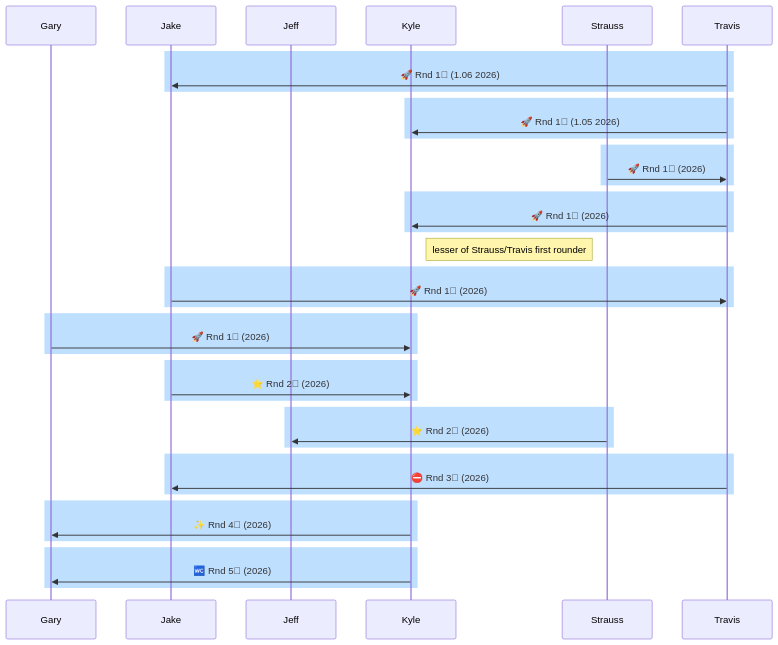
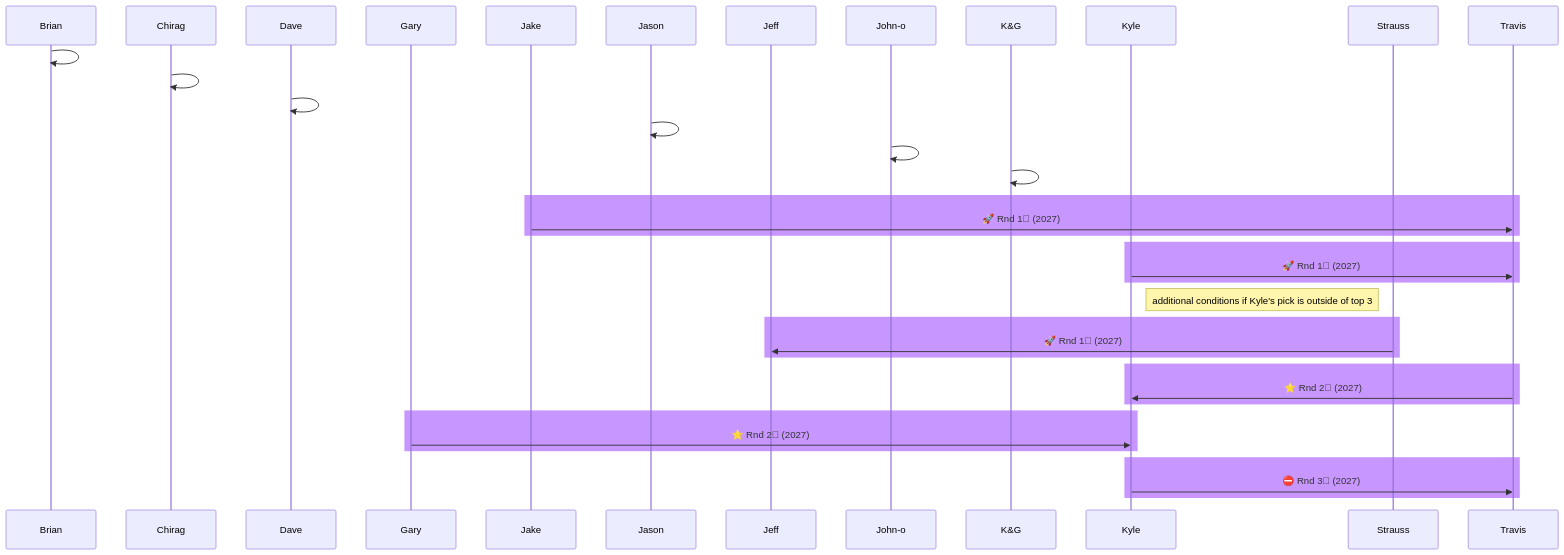
Before and after one commit to jtkulas/kittywampas: the first of 2 diagrams in phantazee.qmd, drawn with Mermaid. The commit also changed 5 other files, not shown here.

Commit message:
fig caps on charts - took 26 picks off total swap chart after drapht

````diff
--- a/phantazee.qmd
+++ b/phantazee.qmd
@@ -39,48 +46,45 @@
 ```{mermaid}
 %%| mermaid-format: png
 %%| fig-width: 8
-
+%%| label: fig-current
+%%| fig-cap: "Individual drapht pick trades (2027 and onward)"
 sequenceDiagram
+participant Brian
+participant Chirag
+participant Dave
 participant Gary
 participant Jake
+participant Jason
 participant Jeff
+participant John-o
+participant K&G
 participant Kyle
 participant Strauss
 participant Travis
+Brian->>Brian:  
+Chirag->>Chirag:  
+Dave->>Dave:  
+Jason->>Jason:  
+John-o->>John-o:  
+K&G->>K&G:  
 
-rect rgb(191, 223, 255)
-Travis->>Jake: 🚀 Rnd 1⃣ (1.06 2026)
+rect rgb(200, 150, 255)
+Jake->>Travis: 🚀 Rnd 1⃣ (2027) 
 end
-rect rgb(191, 223, 255)
-Travis->>Kyle: 🚀 Rnd 1⃣ (1.05 2026)
+rect rgb(200, 150, 255)
+Kyle->>Travis: 🚀 Rnd 1⃣ (2027) 
 end
-rect rgb(191, 223, 255)
-Strauss->>Travis: 🚀 Rnd 1⃣ (2026)
+Note right of Kyle: additional conditions if Kyle's pick is outside of top 3
+rect rgb(200, 150, 255)
+Strauss->>Jeff: 🚀 Rnd 1⃣ (2027) 
 end
-rect rgb(191, 223, 255)
-Travis->>Kyle: 🚀 Rnd 1⃣ (2026)
+rect rgb(200, 150, 255)
+Travis->>Kyle: ⭐ Rnd 2⃣ (2027)
 end
-Note right of Kyle: lesser of Strauss/Travis first rounder
-rect rgb(191, 223, 255)
-Jake->>Travis: 🚀 Rnd 1⃣ (2026)
+rect rgb(200, 150, 255)
+Gary->>Kyle: ⭐ Rnd 2⃣ (2027)
 end
-rect rgb(191, 223, 255)
-Gary->>Kyle: 🚀 Rnd 1⃣ (2026)
+rect rgb(200, 150, 255)
+Kyle->>Travis: ⛔ Rnd 3⃣ (2027)
 end
-rect rgb(191, 223, 255)
-Jake->>Kyle: ⭐ Rnd 2⃣ (2026)
-end
-rect rgb(191, 223, 255)
-Strauss->>Jeff: ⭐ Rnd 2⃣ (2026)
-end
-rect rgb(191, 223, 255)
-Travis->>Jake: ⛔ Rnd 3⃣ (2026)
-end
-rect rgb(191, 223, 255)
-Kyle->>Gary: ✨ Rnd 4⃣ (2026)
-end
-rect rgb(191, 223, 255)
-Kyle->>Gary: 🚾 Rnd 5⃣ (2026)
-end
-
 ```
````
